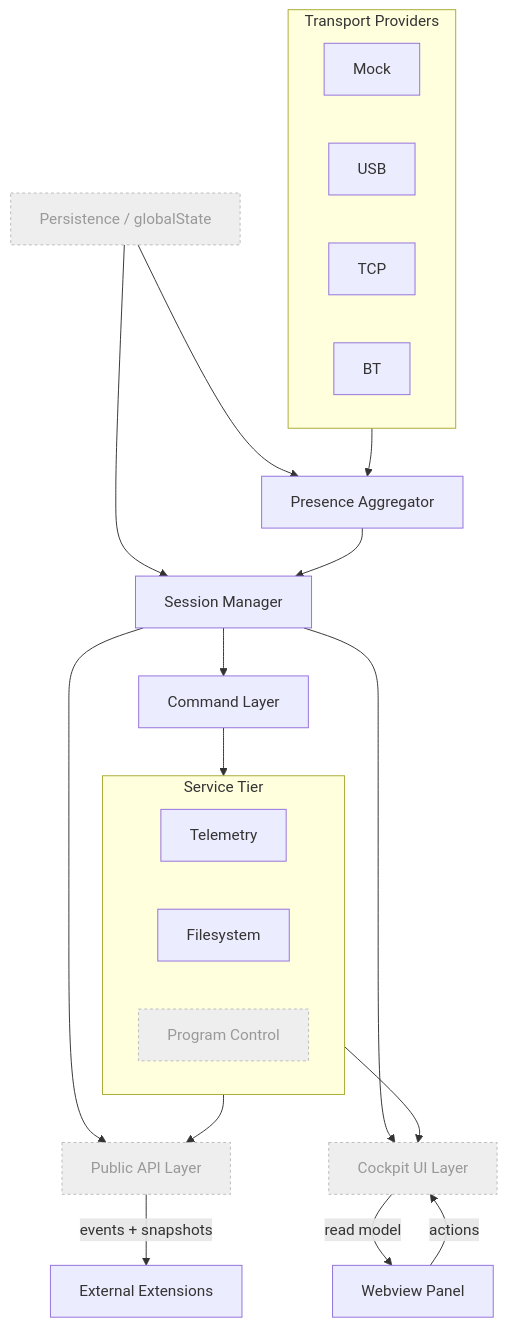
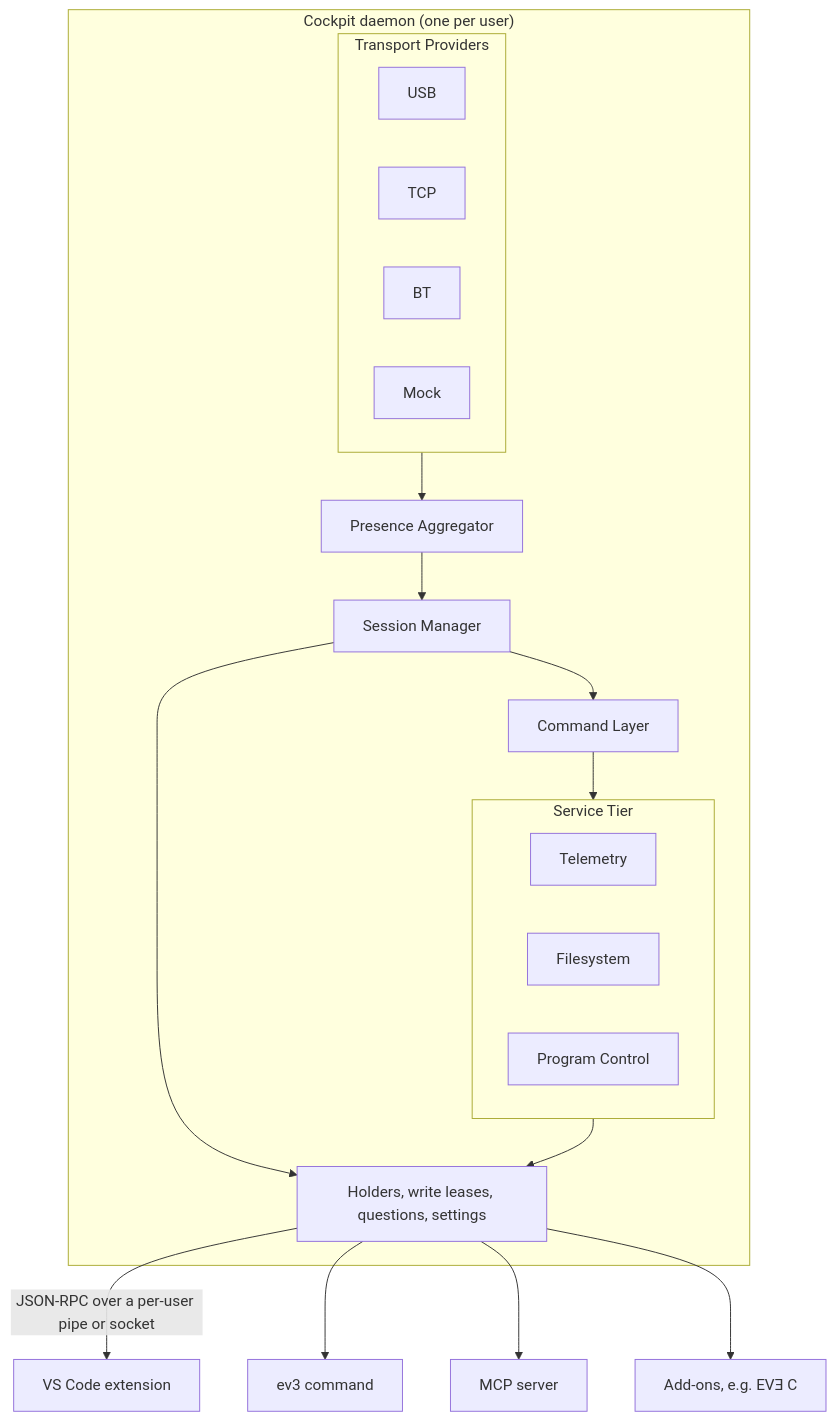
Before and after one commit to 99LevelsUp/ev3-cockpit: the diagram in README.md, drawn with Mermaid. The commit also changed other lines of this file and 13 other files, not shown here.

First line of the commit message:
docs: the daemon architecture in the documents of the current state

````diff
--- a/README.md
+++ b/README.md
@@ -17,39 +49,31 @@
 ```mermaid
 graph TD
-    subgraph Providers["Transport Providers"]
-        PM[Mock]
-        PU[USB]
-        PT[TCP]
-        PB[BT]
+    subgraph Daemon["Cockpit daemon (one per user)"]
+        subgraph Providers["Transport Providers"]
+            PU[USB]
+            PT[TCP]
+            PB[BT]
+            PM[Mock]
+        end
+        PA[Presence Aggregator]
+        SM[Session Manager]
+        CMD[Command Layer]
+        subgraph Services["Service Tier"]
+            TM[Telemetry]
+            FS[Filesystem]
+            PC[Program Control]
+        end
+        SRV[Holders, write leases, questions, settings]
     end
 
-    PERS[Persistence / globalState]
-
-    PA[Presence Aggregator]
-    SM[Session Manager]
-    CMD[Command Layer]
-    subgraph Services["Service Tier"]
-        TM[Telemetry]
-        FS[Filesystem]
-        PC[Program Control]
-    end
-    API[Public API Layer]
-    UI[Cockpit UI Layer]
-
     Providers --> PA
-    PERS --> PA
-    PERS --> SM
     PA --> SM
     SM --> CMD
     CMD --> Services
-    SM --> API
-    Services --> API
-    SM --> UI
-    Services --> UI
-    API -->|events + snapshots| EXT[External Extensions]
-    UI -->|read model| PANEL[Webview Panel]
-    PANEL -->|actions| UI
-
-    classDef dimmed fill:#eee,stroke:#bbb,color:#999,stroke-dasharray: 3 3;
-    class PERS,PC,API,UI dimmed
+    Services --> SRV
+    SM --> SRV
+    SRV -->|JSON-RPC over a per-user pipe or socket| VS[VS Code extension]
+    SRV --> CLI[ev3 command]
+    SRV --> MCP[MCP server]
+    SRV --> ADD[Add-ons, e.g. EVƎ C]
 ```
````
